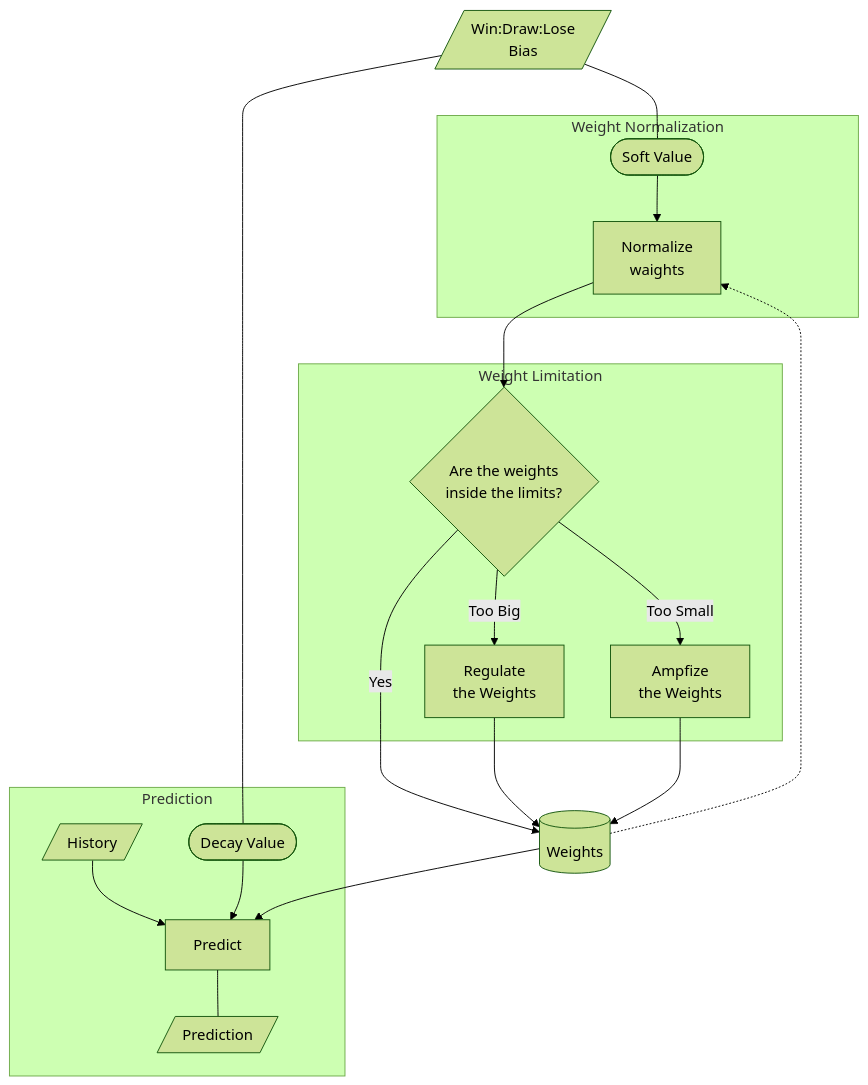
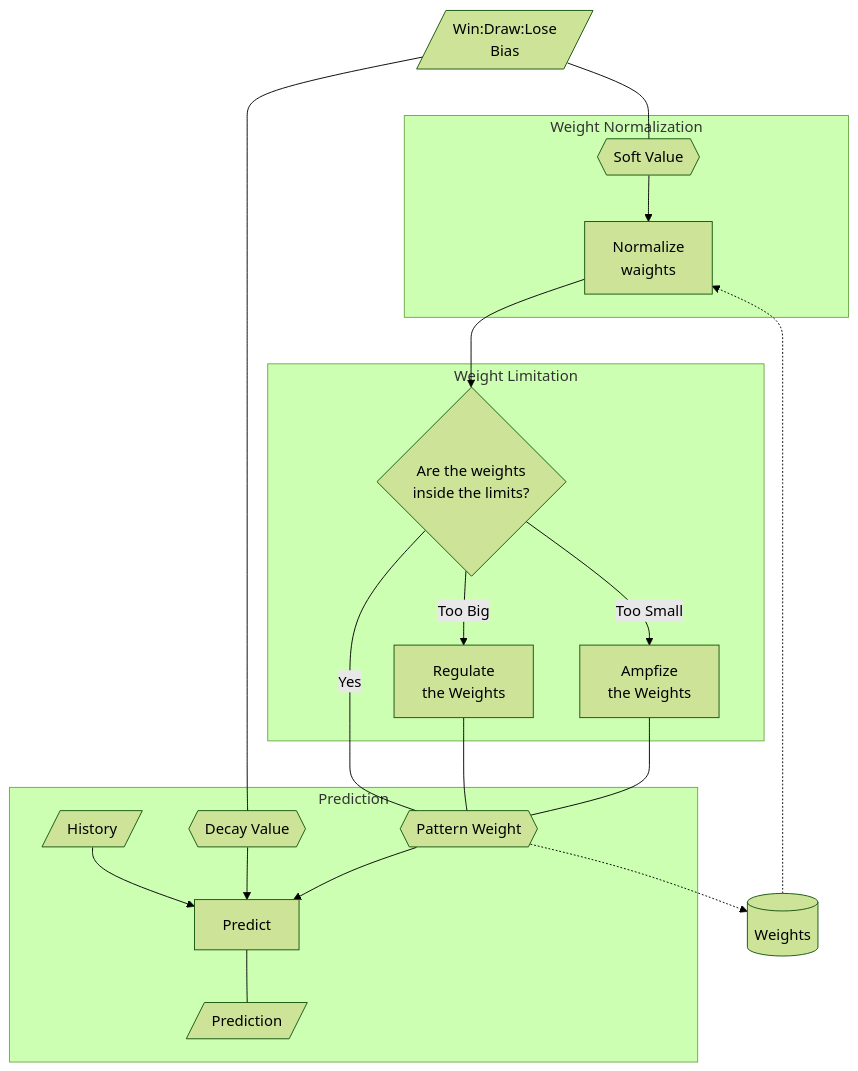
The fourth of 6 diagrams in README.md (Ryuji-Hazama/AI_RSP_Game), drawn with Mermaid (forest theme) before and after one commit. The commit also changed other lines of this file, not shown here.

````diff
--- a/README.md
+++ b/README.md
@@ -162,34 +162,35 @@
 ```mermaid
 graph TD;
 
 Bias[/"Win:Draw:Lose
     Bias"/]
 We[("Weights")]
 
   subgraph Lim["Weight Limitation"];
     C{"Are the weights
     inside the limits?"} -->|Too Big|R["Regulate
     the Weights"];
     C -->|Too Small|A["Ampfize
     the Weights"];
   end
   subgraph Nor["Weight Normalization"];
-    Sv(["Soft Value"]) --> N["Normalize
+    Sv{{"Soft Value"}} --> N["Normalize
     waights"];
   end
   subgraph Pre["Prediction"];
     His[/"History"/] --> P1["Predict"];
-    Dv(["Decay Value"]) --> P1;
+    Dv{{"Decay Value"}} --> P1;
     P1 --- iP[/"Prediction"/];
+    Pw{{"Pattern Weight"}} --> P1;
   end
-  We --> P1;
   Bias --- Dv;
 
   Bias --- Sv;
   We -.-> N;
 
   N --> C
-  C -->|Yes|We;
-  R --> We;
-  A --> We;
+  C ---|Yes|Pw;
+  R --- Pw;
+  A --- Pw;
+  Pw -.-> We
 ```
````
